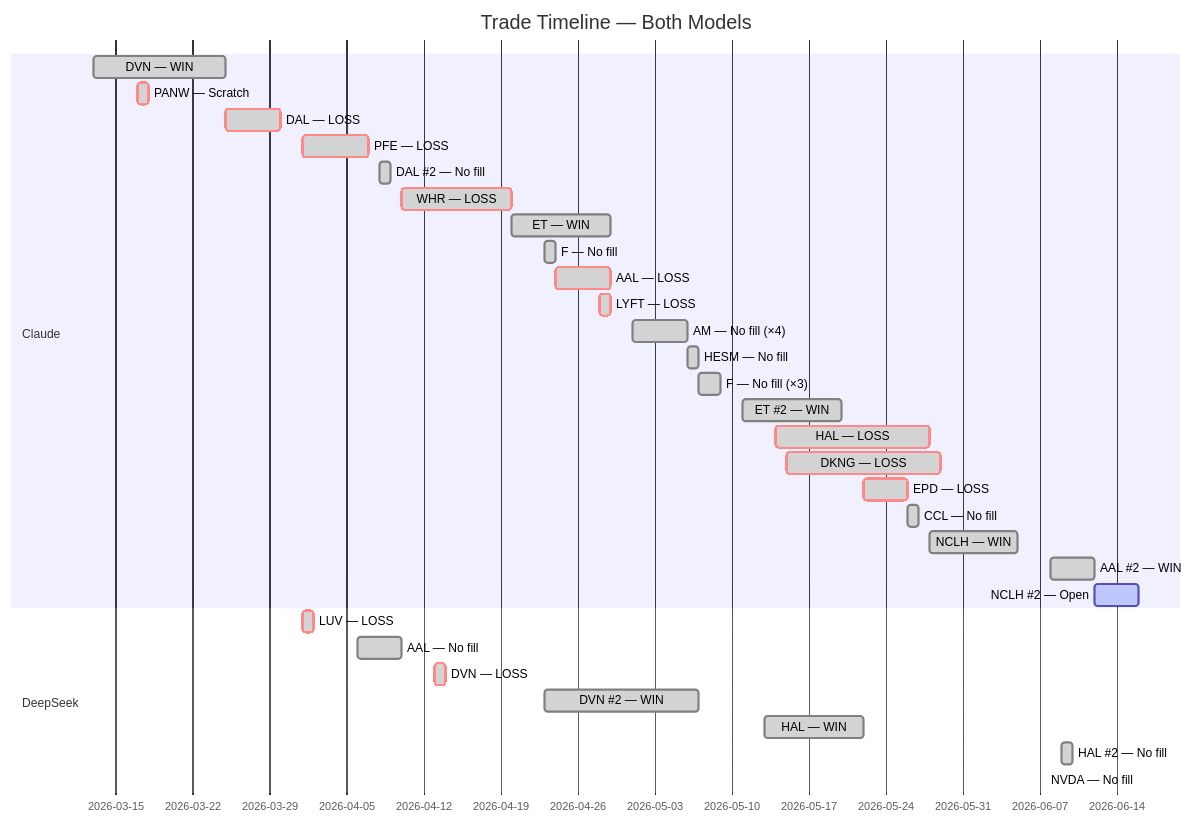
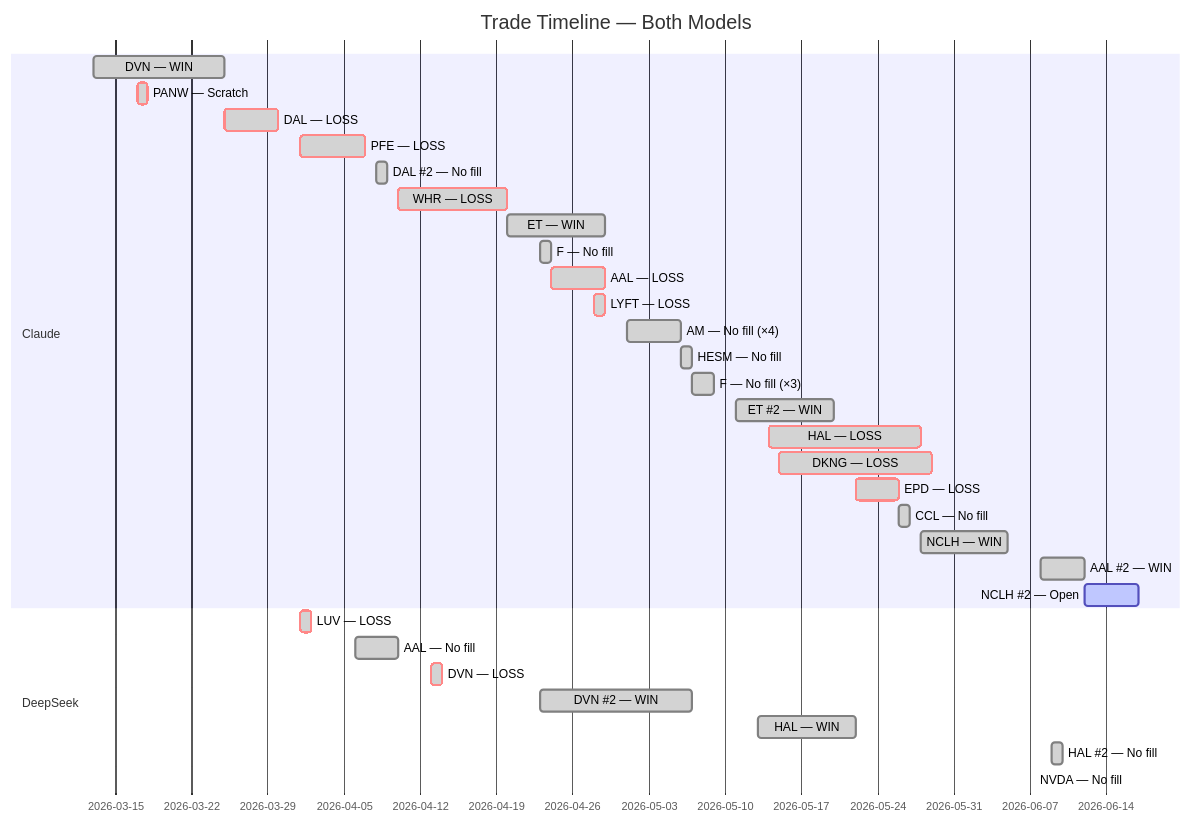
The fifth of 5 diagrams in README.md (zachisit/ai-auto-buy-thesis), drawn with Mermaid before and after one commit. The commit also changed other lines of this file and 2 other files, not shown here.

Commit message:
Update README and add session logs for 6/17 — NCLH #2 Day 5 premarket $20.33 (+$45.39 unrealized); SOFI buy stop $18.15 placed (day-only Fed filter); DeepSeek 100% cash (NVDA pattern damaged, all candidates in distribution); Warsh first Fed decision today

````diff
--- a/README.md
+++ b/README.md
@@ -63,35 +63,35 @@
 ```mermaid
 gantt
     title Trade Timeline — Both Models
     dateFormat YYYY-MM-DD
     section Claude
     DVN — WIN            :done,    2026-03-13, 2026-03-25
     PANW — Scratch       :crit, done, 2026-03-17, 2026-03-18
     DAL — LOSS           :crit, done, 2026-03-25, 2026-03-30
     PFE — LOSS           :crit, done, 2026-04-01, 2026-04-07
     DAL #2 — No fill     :done,    2026-04-08, 2026-04-09
     WHR — LOSS           :crit, done, 2026-04-10, 2026-04-20
     ET — WIN             :done,    2026-04-20, 2026-04-29
     F — No fill          :done,    2026-04-23, 2026-04-24
     AAL — LOSS           :crit, done, 2026-04-24, 2026-04-29
     LYFT — LOSS          :crit, done, 2026-04-28, 2026-04-29
     AM — No fill (×4)    :done,    2026-05-01, 2026-05-06
     HESM — No fill       :done,    2026-05-06, 2026-05-07
     F — No fill (×3)     :done,    2026-05-07, 2026-05-09
     ET #2 — WIN          :done,    2026-05-11, 2026-05-20
     HAL — LOSS           :crit, done, 2026-05-14, 2026-05-28
     DKNG — LOSS          :crit, done, 2026-05-15, 2026-05-29
     EPD — LOSS           :crit, done, 2026-05-22, 2026-05-26
     CCL — No fill        :done,    2026-05-26, 2026-05-27
     NCLH — WIN           :done,    2026-05-28, 2026-06-05
     AAL #2 — WIN         :done,    2026-06-08, 2026-06-12
-    NCLH #2 — Open       :active,  2026-06-12, 2026-06-16
+    NCLH #2 — Open       :active,  2026-06-12, 2026-06-17
     section DeepSeek
     LUV — LOSS           :crit, done, 2026-04-01, 2026-04-02
     AAL — No fill        :done,    2026-04-06, 2026-04-10
     DVN — LOSS           :crit, done, 2026-04-13, 2026-04-14
     DVN #2 — WIN         :done,    2026-04-23, 2026-05-07
     HAL — WIN            :done,    2026-05-13, 2026-05-22
     HAL #2 — No fill    :done,    2026-06-09, 2026-06-10
     NVDA — No fill      :done,    2026-06-16, 2026-06-16
 ```
````
